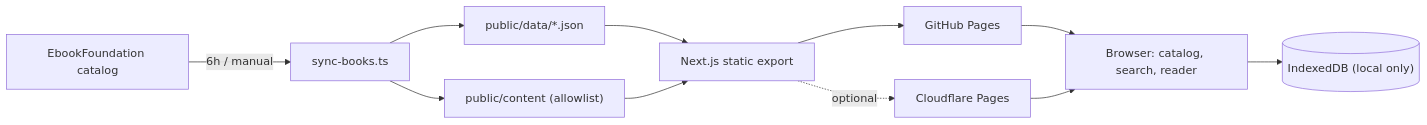
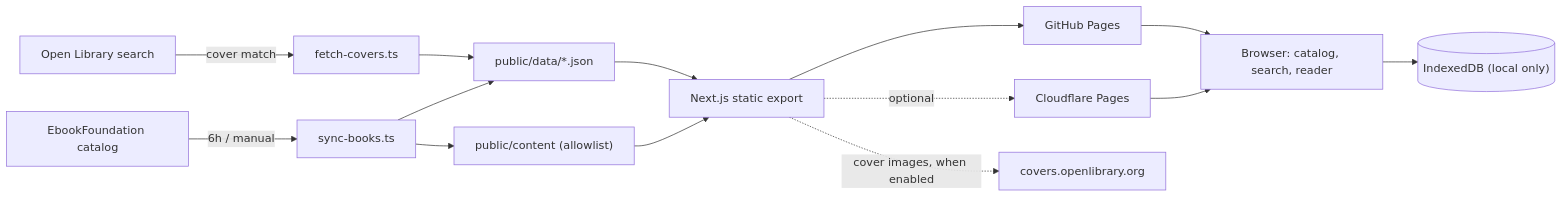
The diagram in README.md (hungpt99-dev/DevShelf), drawn with Mermaid before and after one commit. The commit also changed other lines of this file and 2 other files, not shown here.

Commit message:
Align README with cover pipeline and current repo state

````diff
--- a/README.md
+++ b/README.md
@@ -147,13 +150,16 @@
 ```mermaid
 flowchart LR
   A["EbookFoundation catalog"] -->|"6h / manual"| B["sync-books.ts"]
+  J["Open Library search"] -->|"cover match"| K["fetch-covers.ts"]
+  K --> C
   B --> C["public/data/*.json"]
   B --> D["public/content (allowlist)"]
   C --> E["Next.js static export"]
   D --> E
   E --> F["GitHub Pages"]
   E -.->|"optional"| I["Cloudflare Pages"]
+  E -.->|"cover images, when enabled"| L["covers.openlibrary.org"]
   F --> G["Browser: catalog, search, reader"]
   I --> G
   G --> H[("IndexedDB (local only)")]
 ```
````
